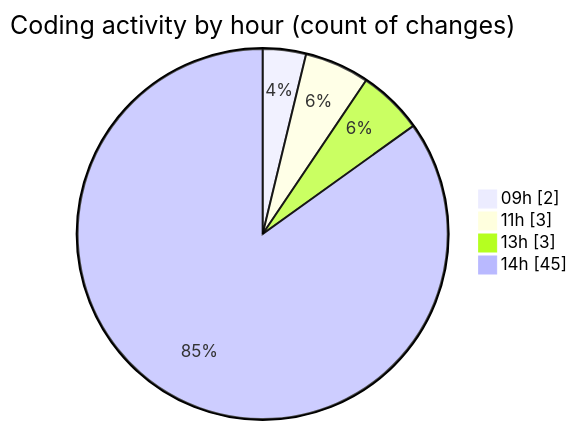
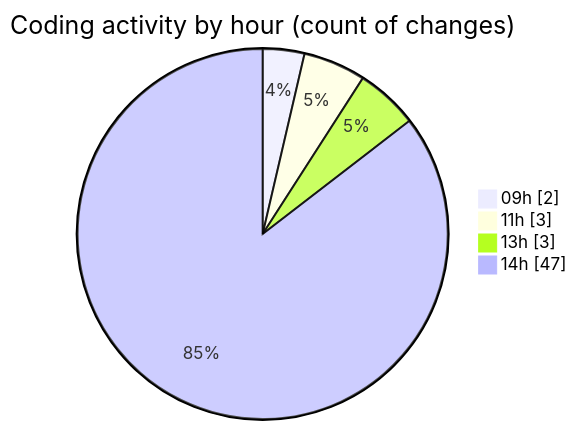
The second of 2 diagrams in 2025-11-10/eventscop-frontend-guide__workspace_/README.md (julien-gomy/code-tracking), drawn with Mermaid before and after one commit. The commit also changed other lines of this file and 1 other file, not shown here.

````diff
--- a/2025-11-10/eventscop-frontend-guide__workspace_/README.md
+++ b/2025-11-10/eventscop-frontend-guide__workspace_/README.md
@@ -52,8 +53,8 @@
 ```mermaid
 pie showData
 title Coding activity by hour (count of changes)
 "09h" : 2
 "11h" : 3
 "13h" : 3
-"14h" : 45
+"14h" : 47
 ```
````
